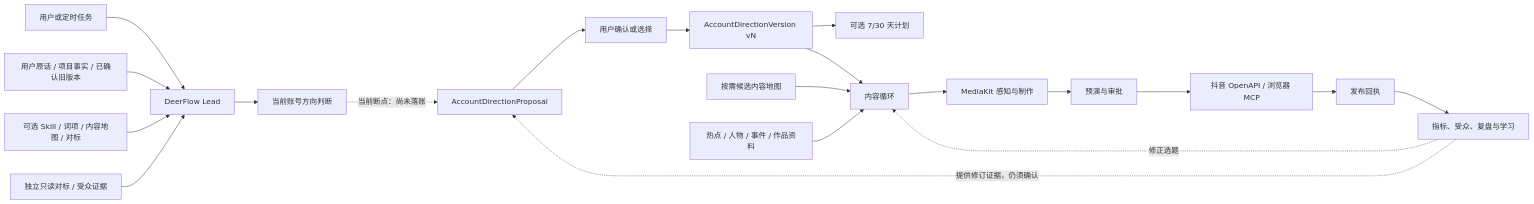
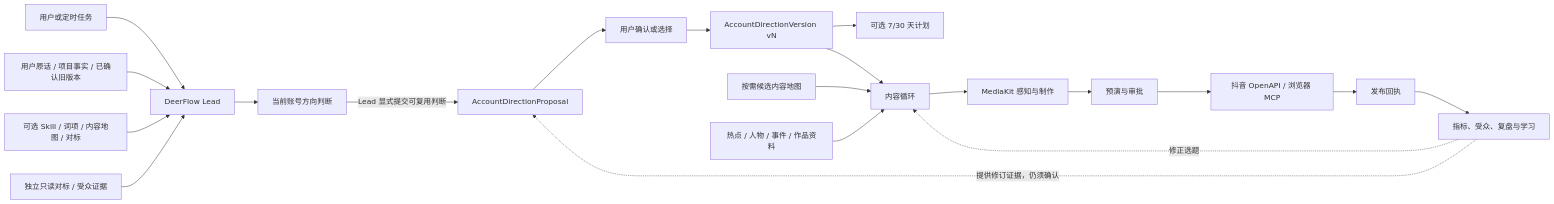
One commit to yangshengguo46-stack/marketing-system-v6 changed the first of 4 diagrams in docs/content-intelligence-v6/ARCHITECTURE.md. Above: the diagram before and after it, drawn with Mermaid. The commit also changed other lines of this file and 163 other files, not shown here.

````diff
--- a/docs/content-intelligence-v6/ARCHITECTURE.md
+++ b/docs/content-intelligence-v6/ARCHITECTURE.md
@@ -13,22 +13,22 @@
 ```mermaid
 flowchart LR
     USER["用户或定时任务"] --> LEAD["DeerFlow Lead"]
     FACTS["用户原话 / 项目事实 / 已确认旧版本"] --> LEAD
     SKILL["可选 Skill / 词项 / 内容地图 / 对标"] --> LEAD
     LEAD --> ANSWER["当前账号方向判断"]
-    ANSWER -. "当前断点：尚未落账" .-> PROPOSAL["AccountDirectionProposal"]
+    ANSWER -->|"Lead 显式提交可复用判断"| PROPOSAL["AccountDirectionProposal"]
     PROPOSAL --> CHOICE["用户确认或选择"]
     CHOICE --> DIRECTION["AccountDirectionVersion vN"]
     DIRECTION --> LAUNCH["可选 7/30 天计划"]
     DIRECTION --> CONTENT["内容循环"]
     OPPORTUNITY["按需候选内容地图"] --> CONTENT
     BENCH["独立只读对标 / 受众证据"] --> LEAD
     TOPIC_EVIDENCE["热点 / 人物 / 事件 / 作品资料"] --> CONTENT
     CONTENT --> MEDIA["MediaKit 感知与制作"]
     MEDIA --> PRE["预演与审批"]
     PRE --> PLATFORM["抖音 OpenAPI / 浏览器 MCP"]
     PLATFORM --> RECEIPT["发布回执"]
     RECEIPT --> LEARN["指标、受众、复盘与学习"]
     LEARN -. "提供修订证据，仍须确认" .-> PROPOSAL
     LEARN -. "修正选题" .-> CONTENT
 ```
````
